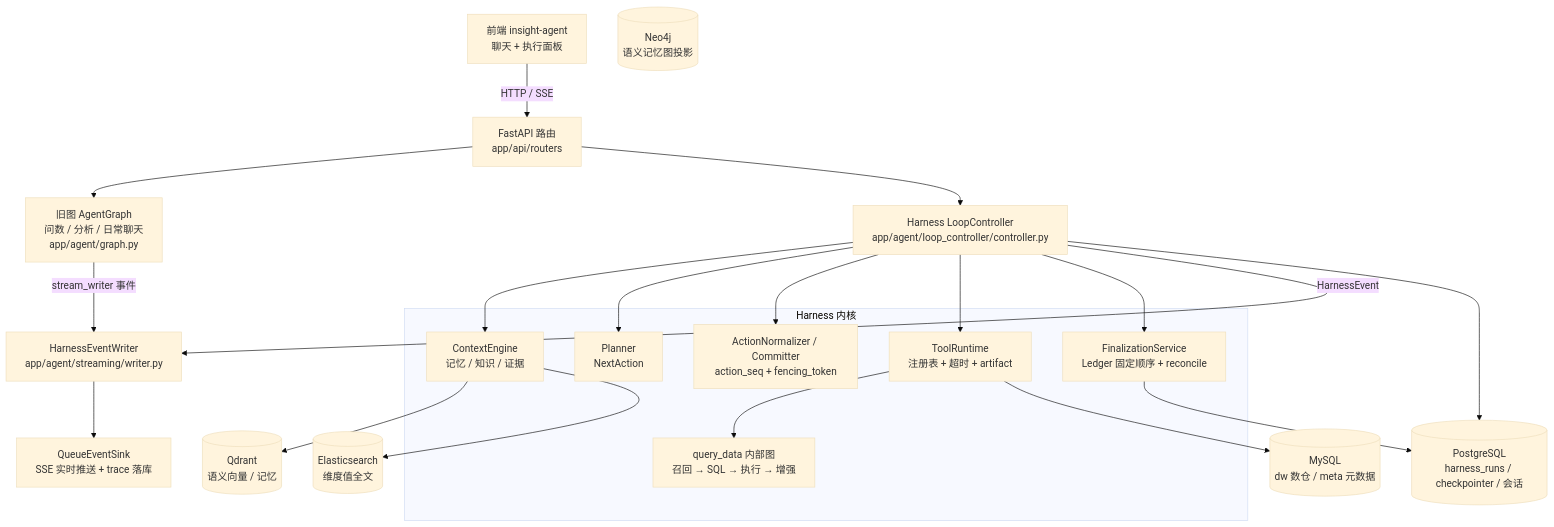
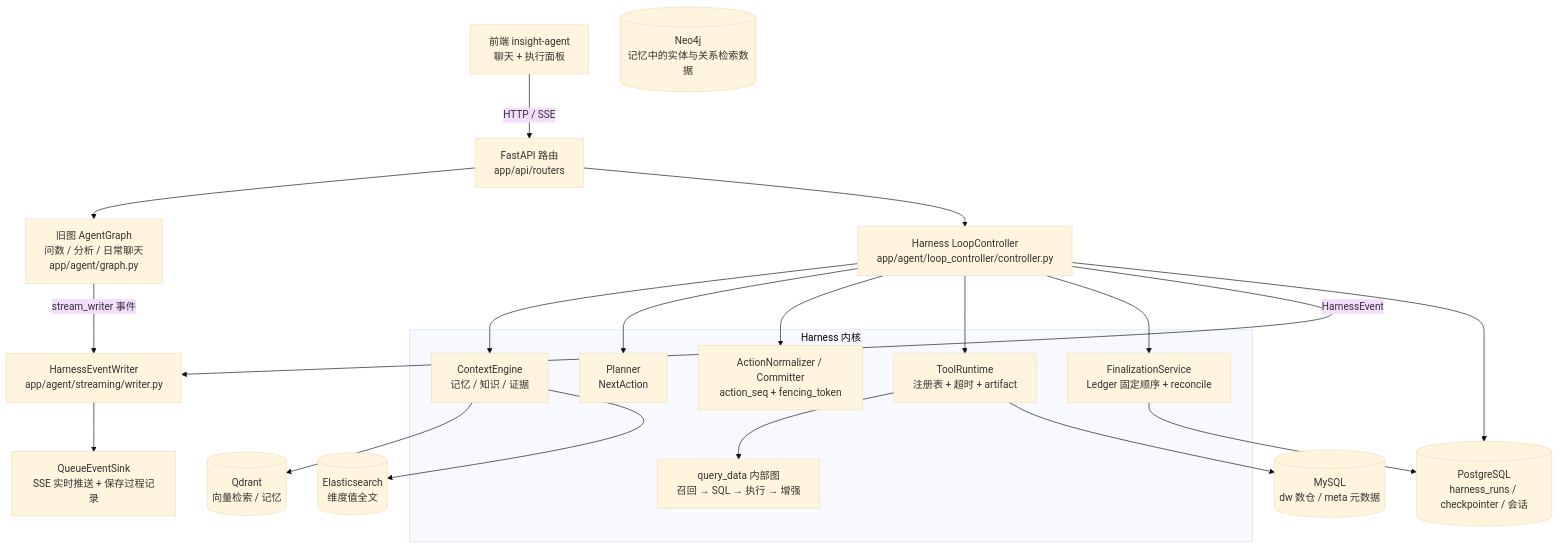
The first of 4 diagrams in docs/data_agent_harness_asbuilt.md (Z3-FE/ai_data_analysis), drawn with Mermaid (base theme) before and after one commit. The commit also changed other lines of this file and 34 other files, not shown here.

````diff
--- a/docs/data_agent_harness_asbuilt.md
+++ b/docs/data_agent_harness_asbuilt.md
@@ -23,39 +23,39 @@
 ```mermaid
 flowchart TB
     UI[前端 insight-agent<br/>聊天 + 执行面板] -->|HTTP / SSE| API[FastAPI 路由<br/>app/api/routers]
 
     API --> OLD[旧图 AgentGraph<br/>问数 / 分析 / 日常聊天<br/>app/agent/graph.py]
     API --> HC[Harness LoopController<br/>app/agent/loop_controller/controller.py]
 
     subgraph HARNESS[Harness 内核]
         CE[ContextEngine<br/>记忆 / 知识 / 证据]
         PL[Planner<br/>NextAction]
         AC[ActionNormalizer / Committer<br/>action_seq + fencing_token]
         TR[ToolRuntime<br/>注册表 + 超时 + artifact]
         FS[FinalizationService<br/>Ledger 固定顺序 + reconcile]
         QG[query_data 内部图<br/>召回 → SQL → 执行 → 增强]
     end
 
     HC --> CE
     HC --> PL
     HC --> AC
     HC --> TR
     TR --> QG
     HC --> FS
 
     HC -->|HarnessEvent| EW[HarnessEventWriter<br/>app/agent/streaming/writer.py]
     OLD -->|stream_writer 事件| EW
-    EW --> SINK[QueueEventSink<br/>SSE 实时推送 + trace 落库]
+    EW --> SINK[QueueEventSink<br/>SSE 实时推送 + 保存过程记录]
 
     PG[(PostgreSQL<br/>harness_runs / checkpointer / 会话)]
     MY[(MySQL<br/>dw 数仓 / meta 元数据)]
-    QDR[(Qdrant<br/>语义向量 / 记忆)]
+    QDR[(Qdrant<br/>向量检索 / 记忆)]
     ES[(Elasticsearch<br/>维度值全文)]
-    N4[(Neo4j<br/>语义记忆图投影)]
+    N4[(Neo4j<br/>记忆中的实体与关系检索数据)]
 
     FS --> PG
     HC --> PG
     TR --> MY
     CE --> QDR
     CE --> ES
 ```
````
